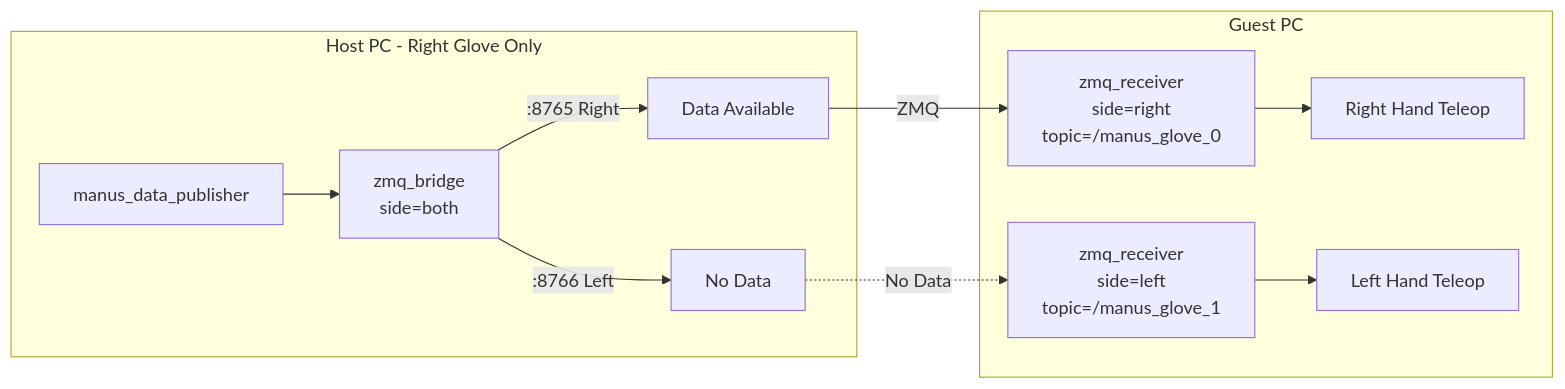
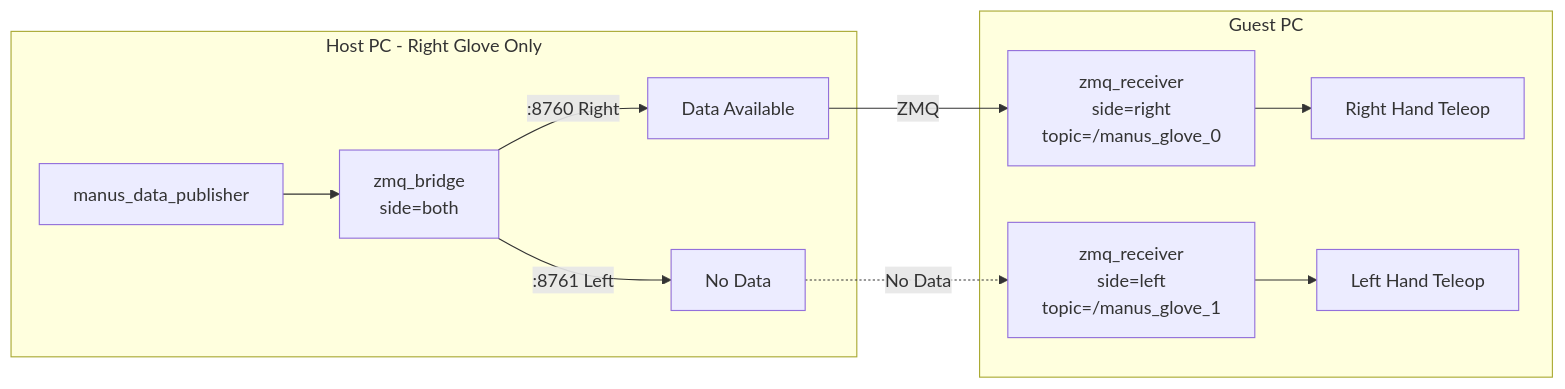
Before and after one commit to GeminiNinth/manus_ros2_transporter: the fourth of 5 diagrams in README.md, drawn with Mermaid. The commit also changed other lines of this file and 7 other files, not shown here.

````diff
--- a/README.md
+++ b/README.md
@@ -237,16 +237,16 @@
 ```mermaid
 flowchart LR
     subgraph Host [Host PC - Right Glove Only]
         H_MDP[manus_data_publisher] --> H_ZB[zmq_bridge<br/>side=both]
-        H_ZB -->|:8765 Right| H_R[Data Available]
-        H_ZB -->|:8766 Left| H_L[No Data]
+        H_ZB -->|:8760 Right| H_R[Data Available]
+        H_ZB -->|:8761 Left| H_L[No Data]
     end
     
     subgraph Guest [Guest PC]
         G_ZR_R[zmq_receiver<br/>side=right<br/>topic=/manus_glove_0] --> G_R_Teleop[Right Hand Teleop]
         G_ZR_L[zmq_receiver<br/>side=left<br/>topic=/manus_glove_1] --> G_L_Teleop[Left Hand Teleop]
     end
     
     H_R -->|ZMQ| G_ZR_R
     H_L -.->|No Data| G_ZR_L
 ```
````
